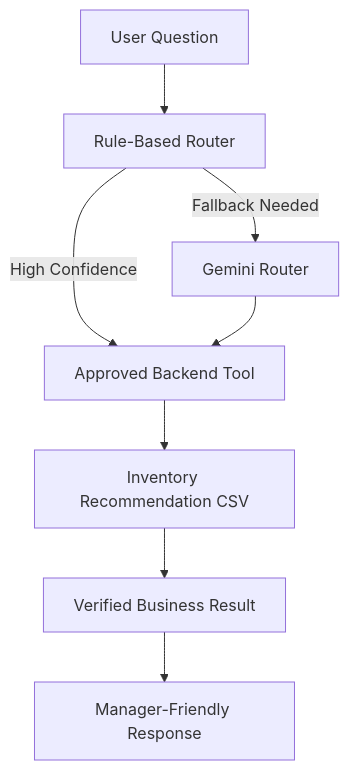
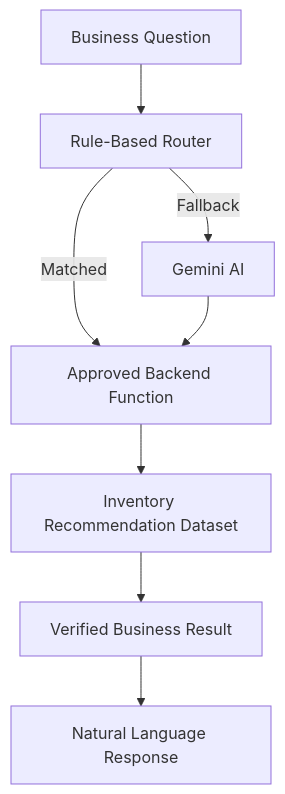
One commit to hanannazri/Intelligent-Forecasting-MLOps-Platform changed the third of 4 diagrams in README.md. Above: the diagram before and after it, drawn with Mermaid. The commit also changed other lines of this file, not shown here.

````diff
--- a/README.md
+++ b/README.md
@@ -556,10 +389,19 @@
 ```mermaid
 flowchart TD
-    A[User Question] --> B[Rule-Based Router]
-    B -->|High Confidence| C[Approved Backend Tool]
-    B -->|Fallback Needed| D[Gemini Router]
-    D --> C
-    C --> E[Inventory Recommendation CSV]
-    E --> F[Verified Business Result]
-    F --> G[Manager-Friendly Response]
+
+A[Business Question]
+
+A --> B[Rule-Based Router]
+
+B -->|Matched| C[Approved Backend Function]
+
+B -->|Fallback| D[Gemini AI]
+
+D --> C
+
+C --> E[Inventory Recommendation Dataset]
+
+E --> F[Verified Business Result]
+
+F --> G[Natural Language Response]
 ```
````
